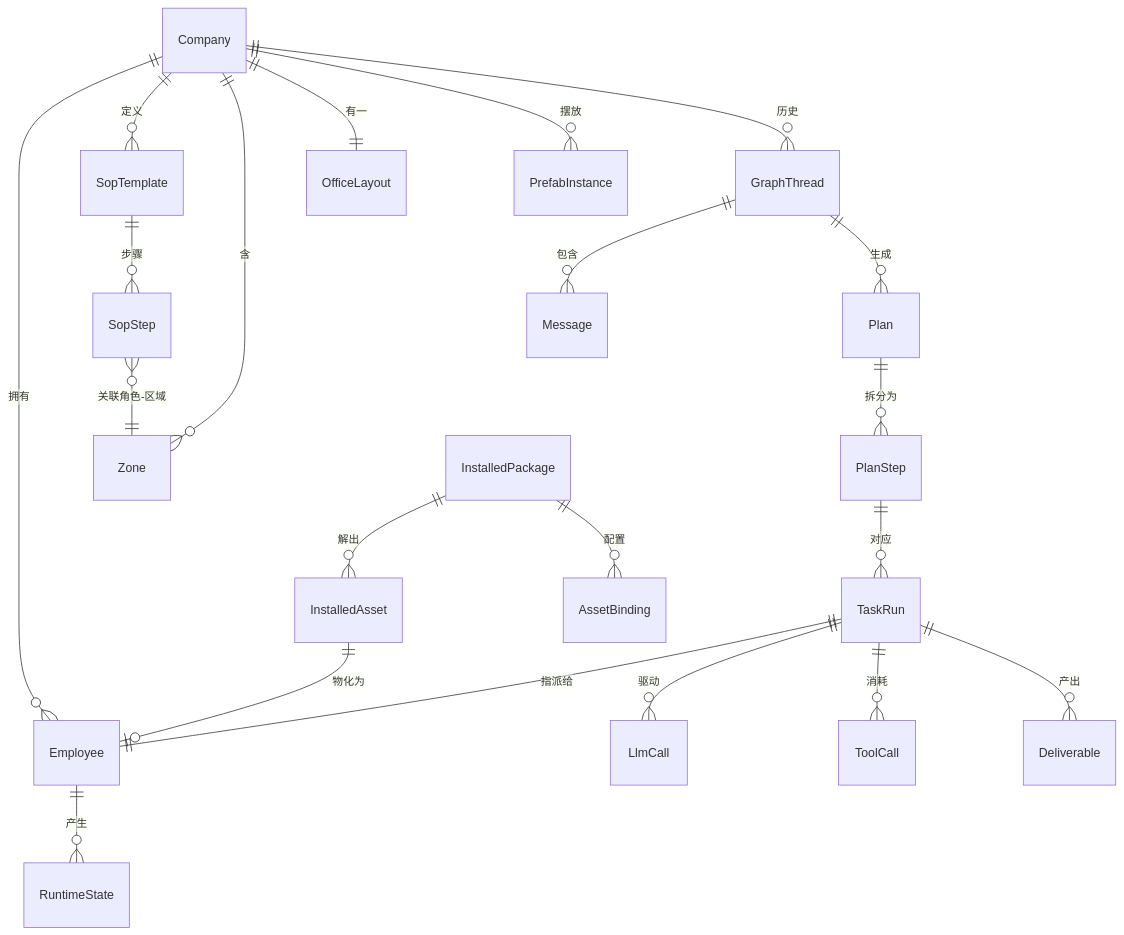
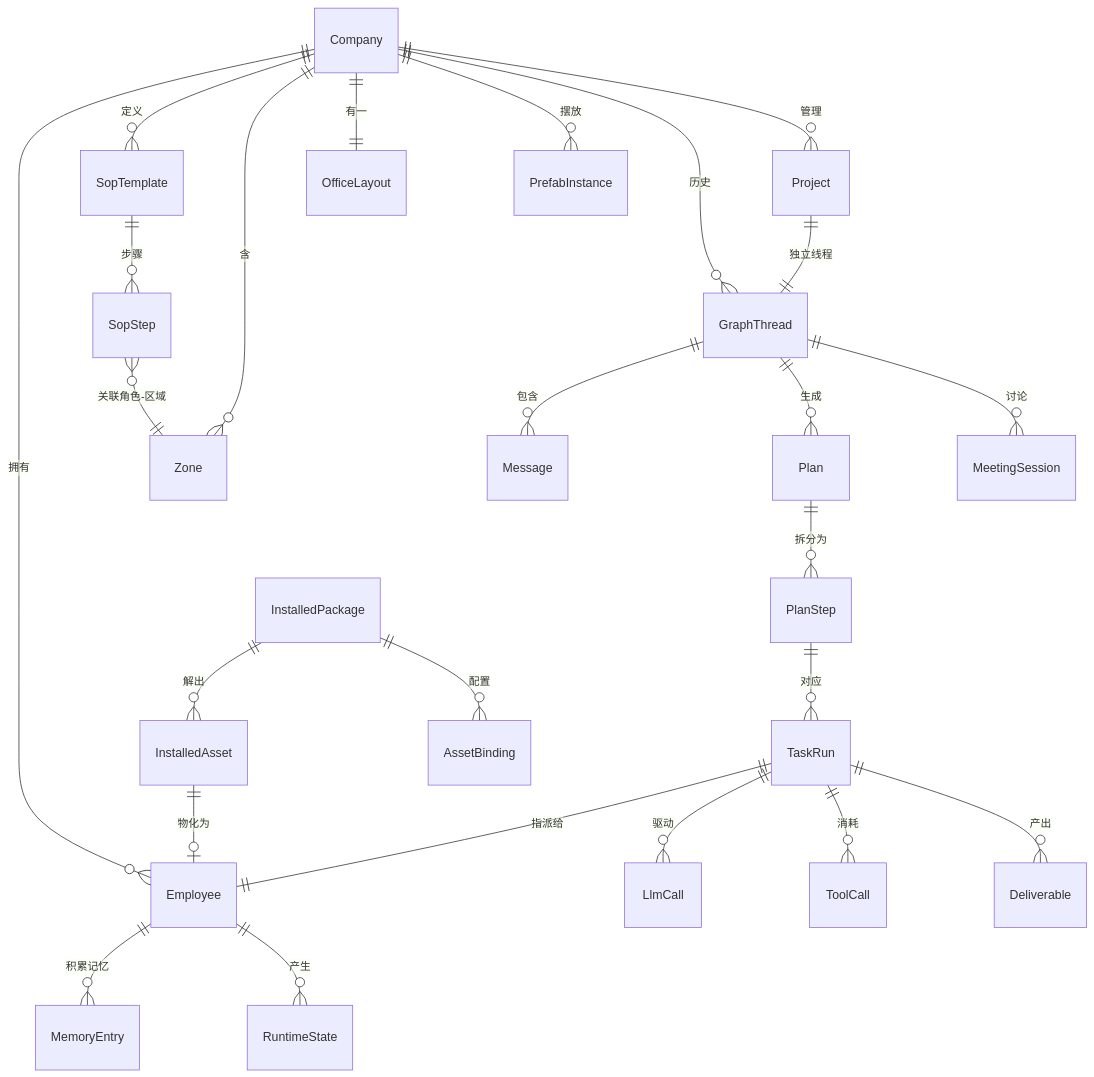
Before and after one commit to mike007jd/Offisim: the second of 7 diagrams in Docs/business-logic-map.md, drawn with Mermaid. The commit also changed other lines of this file, not shown here.

````diff
--- a/Docs/business-logic-map.md
+++ b/Docs/business-logic-map.md
@@ -58,23 +61,27 @@
 ```mermaid
 erDiagram
   Company ||--o{ Employee : "拥有"
   Company ||--o{ SopTemplate : "定义"
   Company ||--o{ Zone : "含"
   Company ||--|| OfficeLayout : "有一"
   Company ||--o{ PrefabInstance : "摆放"
   Company ||--o{ GraphThread : "历史"
+  Company ||--o{ Project : "管理"
+  Employee ||--o{ MemoryEntry : "积累记忆"
   Employee ||--o{ RuntimeState : "产生"
   GraphThread ||--o{ Message : "包含"
   GraphThread ||--o{ Plan : "生成"
+  GraphThread ||--o{ MeetingSession : "讨论"
   Plan ||--o{ PlanStep : "拆分为"
   PlanStep ||--o{ TaskRun : "对应"
   TaskRun ||--|| Employee : "指派给"
   TaskRun ||--o{ LlmCall : "驱动"
   TaskRun ||--o{ ToolCall : "消耗"
   TaskRun ||--o{ Deliverable : "产出"
+  Project ||--|| GraphThread : "独立线程"
   SopTemplate ||--o{ SopStep : "步骤"
   SopStep }o--|| Zone : "关联角色-区域"
   InstalledPackage ||--o{ InstalledAsset : "解出"
   InstalledAsset ||--o| Employee : "物化为"
   InstalledPackage ||--o{ AssetBinding : "配置"
 ```
````
